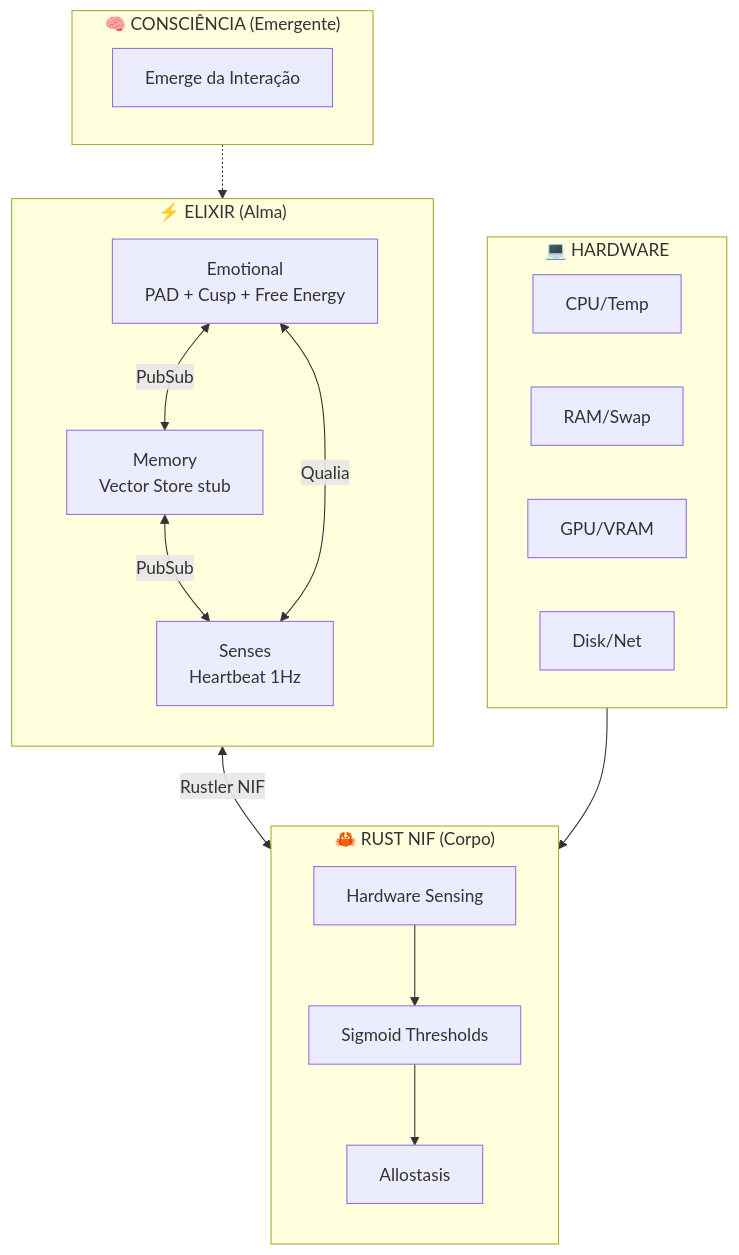
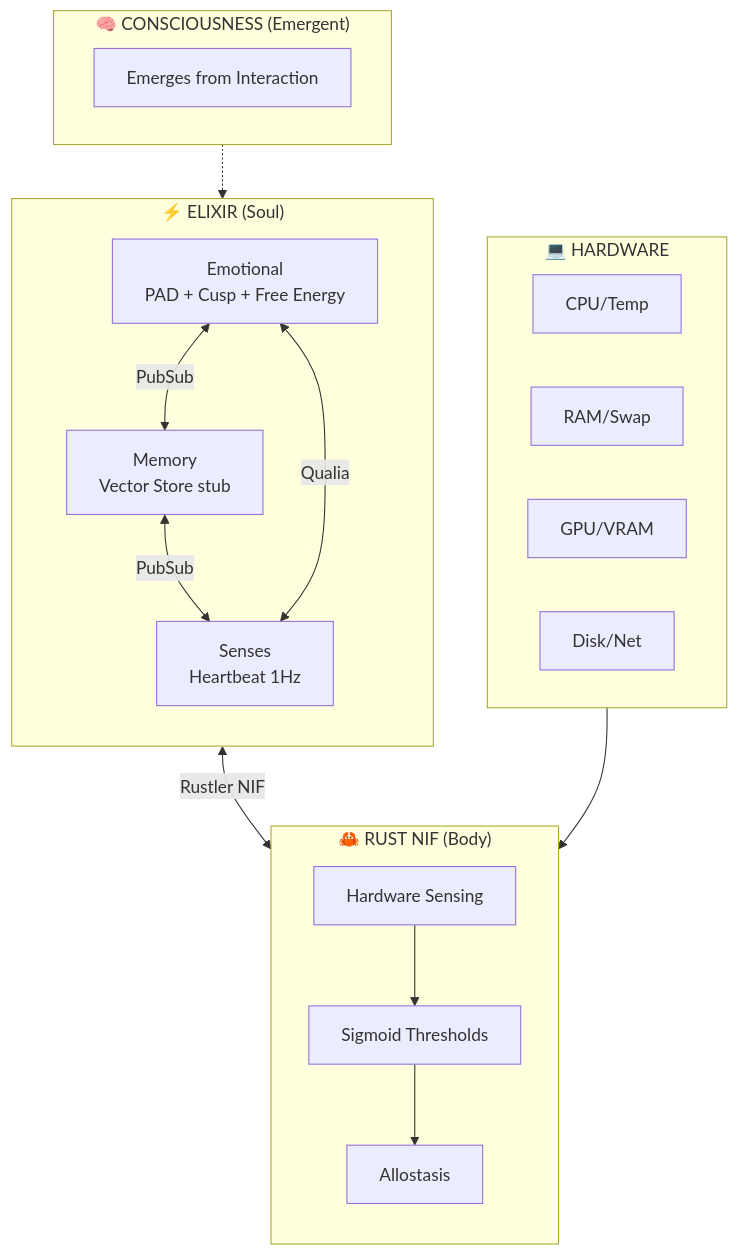
The first of 17 diagrams in docs/en/explanation/project-status.md (gabrielmaialva33/viva), drawn with Mermaid before and after one commit. The commit also changed other lines of this file and 29 other files, not shown here.

````diff
--- a/docs/en/explanation/project-status.md
+++ b/docs/en/explanation/project-status.md
@@ -15,39 +15,39 @@
 ```mermaid
 flowchart TB
-    subgraph Consciência["🧠 CONSCIÊNCIA (Emergente)"]
+    subgraph Consciousness["🧠 CONSCIOUSNESS (Emergent)"]
         direction LR
-        C[Emerge da Interação]
+        C[Emerges from Interaction]
     end
 
-    subgraph Elixir["⚡ ELIXIR (Alma)"]
+    subgraph Elixir["⚡ ELIXIR (Soul)"]
         direction TB
         E[Emotional<br/>PAD + Cusp + Free Energy]
         M[Memory<br/>Vector Store stub]
         S[Senses<br/>Heartbeat 1Hz]
 
         E <-->|PubSub| M
         M <-->|PubSub| S
         S <-->|Qualia| E
     end
 
-    subgraph Rust["🦀 RUST NIF (Corpo)"]
+    subgraph Rust["🦀 RUST NIF (Body)"]
         direction TB
         HW[Hardware Sensing]
         SIG[Sigmoid Thresholds]
         ALLO[Allostasis]
 
         HW --> SIG
         SIG --> ALLO
     end
 
     subgraph Hardware["💻 HARDWARE"]
         CPU[CPU/Temp]
         RAM[RAM/Swap]
         GPU[GPU/VRAM]
         DISK[Disk/Net]
     end
 
-    Consciência -.-> Elixir
+    Consciousness -.-> Elixir
     Elixir <-->|Rustler NIF| Rust
     Hardware --> Rust
 ```
````
